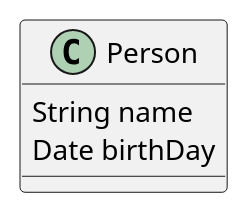
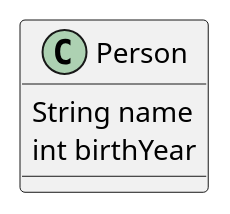
Before and after one commit to lyhcode/oosad: the first of 2 diagrams in oop/class.md, drawn with PlantUML. The commit also changed 5 other files, not shown here.

````diff
--- a/oop/class.md
+++ b/oop/class.md
@@ -9,8 +9,8 @@
 ```uml
 @startuml
 Class Person {
     String name
-    Date birthDay
+    int birthYear
 }
 @enduml
 ```
````
